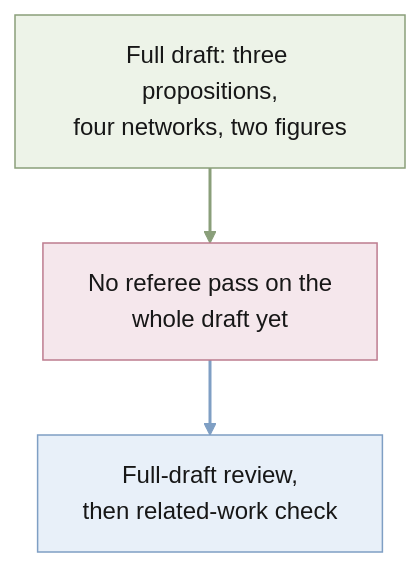
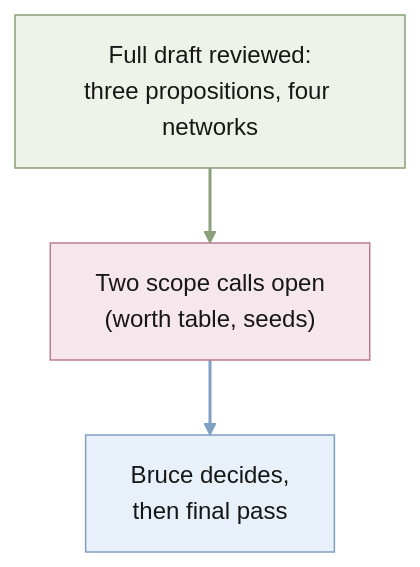
One commit to quan-possible/description-icl changed the diagram in STATUS.md. Above: the diagram before and after it, drawn with Mermaid. The commit also changed other lines of this file and 1 other file, not shown here.

Commit message:
Record the full-draft review outcome and the two open scope decisions

````diff
--- a/STATUS.md
+++ b/STATUS.md
@@ -5,17 +5,17 @@
 ```mermaid
 %%{init: {"theme":"base","themeVariables":{"fontFamily":"Inter, Clear Sans, Noto Sans, Helvetica Neue, Arial, Noto Sans CJK JP, sans-serif","fontSize":"16px","primaryTextColor":"#171717","lineColor":"#a8a8a8","mainBkg":"#ffffff","clusterBkg":"#ffffff","clusterBorder":"#ffffff","edgeLabelBackground":"#ffffff"},"flowchart":{"htmlLabels":true,"curve":"linear"}}}%%
 flowchart TD
     classDef green fill:#edf3e8,stroke:#8a9f7a,color:#171717,stroke-width:1px
     classDef pink fill:#f5e7ec,stroke:#bd7c8f,color:#171717,stroke-width:1px
     classDef blue fill:#e8f0f9,stroke:#7f9fc4,color:#171717,stroke-width:1px
     classDef edgeGreen stroke:#8a9f7a,color:#8a9f7a,stroke-width:2px
     classDef edgeBlue stroke:#7f9fc4,color:#7f9fc4,stroke-width:2px
 
-    done["Full draft: three propositions,<br/>four networks, two figures"] e1@--> gap["No referee pass on the<br/>whole draft yet"] e2@--> next["Full-draft review,<br/>then related-work check"]
+    done["Full draft reviewed:<br/>three propositions, four networks"] e1@--> gap["Two scope calls open<br/>(worth table, seeds)"] e2@--> next["Bruce decides,<br/>then final pass"]
 
     class done green
     class gap pink
     class next blue
     class e1 edgeGreen
     class e2 edgeBlue
 ```
````
